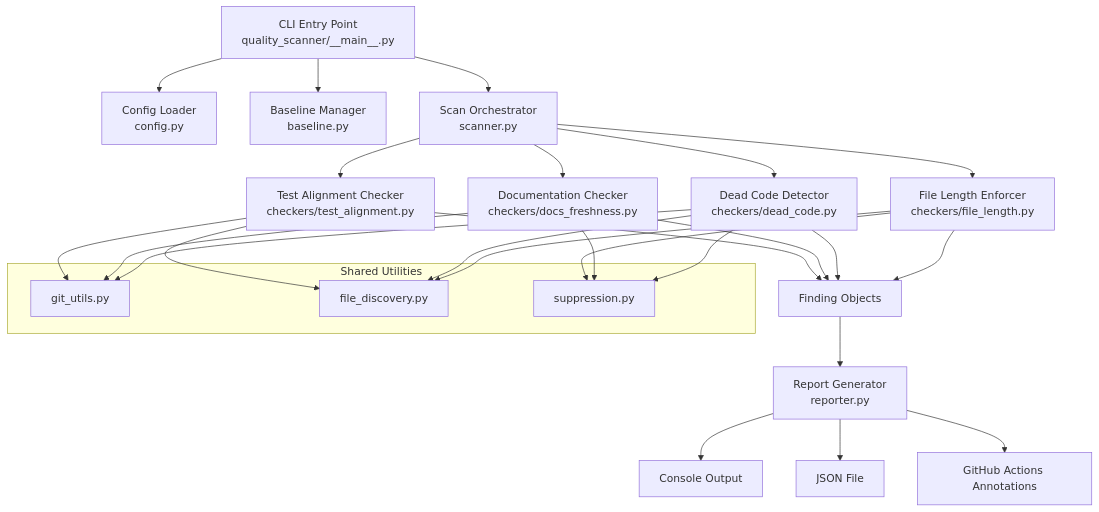
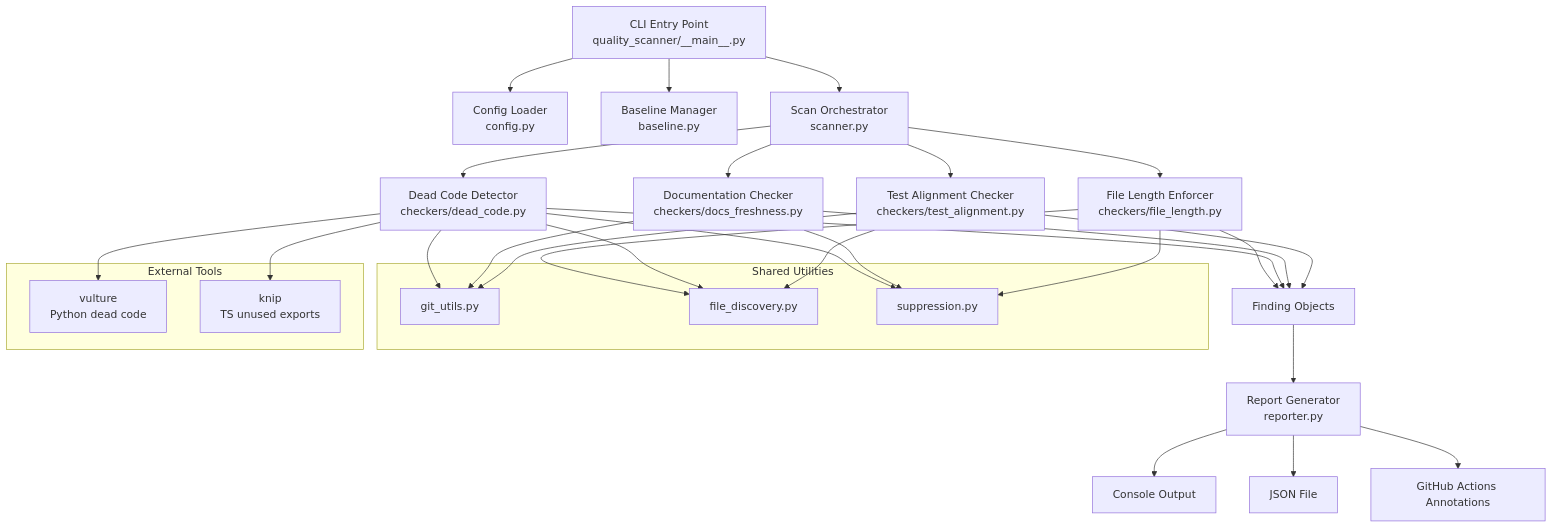
One commit to PeterGeers/h-dcn changed the first of 2 diagrams in .kiro/specs/code-quality-maintenance/design.md. Above: the diagram before and after it, drawn with Mermaid. The commit also changed other lines of this file and 2 other files, not shown here.

````diff
--- a/.kiro/specs/code-quality-maintenance/design.md
+++ b/.kiro/specs/code-quality-maintenance/design.md
@@ -23,41 +23,49 @@
 ```mermaid
 graph TB
     CLI[CLI Entry Point<br/>quality_scanner/__main__.py]
     Config[Config Loader<br/>config.py]
     Baseline[Baseline Manager<br/>baseline.py]
 
     CLI --> Config
     CLI --> Baseline
     CLI --> Orchestrator[Scan Orchestrator<br/>scanner.py]
 
     Orchestrator --> FLE[File Length Enforcer<br/>checkers/file_length.py]
     Orchestrator --> DCD[Dead Code Detector<br/>checkers/dead_code.py]
     Orchestrator --> DOC[Documentation Checker<br/>checkers/docs_freshness.py]
     Orchestrator --> TAC[Test Alignment Checker<br/>checkers/test_alignment.py]
 
     FLE --> Findings[Finding Objects]
     DCD --> Findings
     DOC --> Findings
     TAC --> Findings
 
     Findings --> Reporter[Report Generator<br/>reporter.py]
     Reporter --> Console[Console Output]
     Reporter --> JSON[JSON File]
     Reporter --> GHA[GitHub Actions Annotations]
 
     subgraph "Shared Utilities"
         Git[git_utils.py]
         FileDiscovery[file_discovery.py]
         Suppression[suppression.py]
     end
 
     FLE --> FileDiscovery
     DCD --> FileDiscovery
     DCD --> Git
     DOC --> Git
     TAC --> Git
     TAC --> FileDiscovery
     DCD --> Suppression
+
+    subgraph "External Tools"
+        Vulture[vulture<br/>Python dead code]
+        Knip[knip<br/>TS unused exports]
+    end
+
+    DCD --> Vulture
+    DCD --> Knip
     DOC --> Suppression
     FLE --> Suppression
 ```
````
